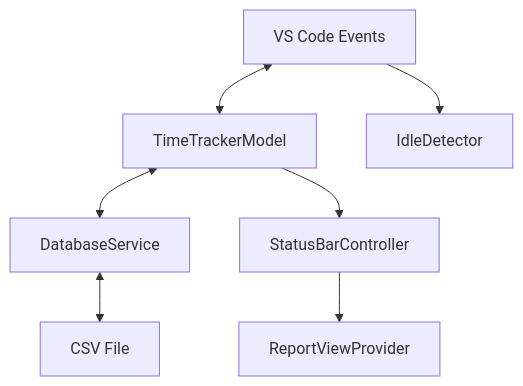
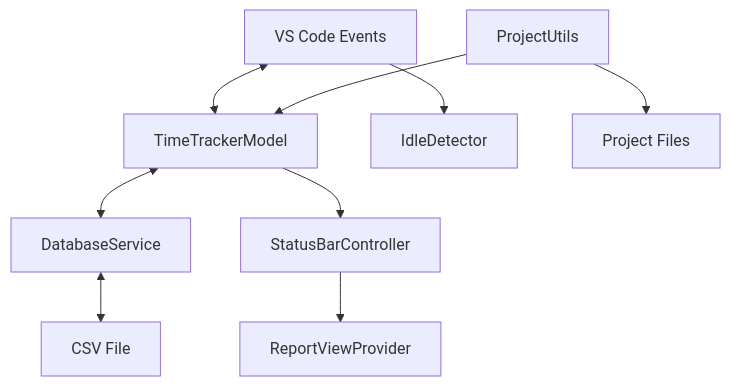
One commit to irata-gmbh/vscode-time-tracking changed the diagram in INTERNAL_ARCHITECTURE.md. Above: the diagram before and after it, drawn with Mermaid. The commit also changed other lines of this file and 5 other files, not shown here.

````diff
--- a/INTERNAL_ARCHITECTURE.md
+++ b/INTERNAL_ARCHITECTURE.md
@@ -15,7 +16,9 @@
 ```mermaid
 graph TD
     A[VS Code Events] <--> B[TimeTrackerModel] <--> C[DatabaseService] <--> D[CSV File]
     A --> E[IdleDetector]
     B --> F[StatusBarController]
     F --> G[ReportViewProvider]
+    H[ProjectUtils] --> B
+    H --> J[Project Files]
 ```
````
